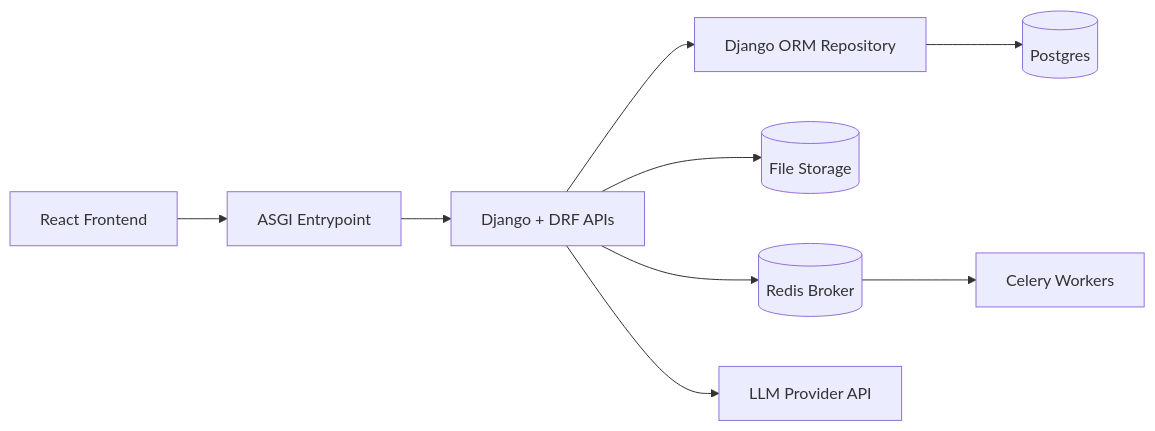
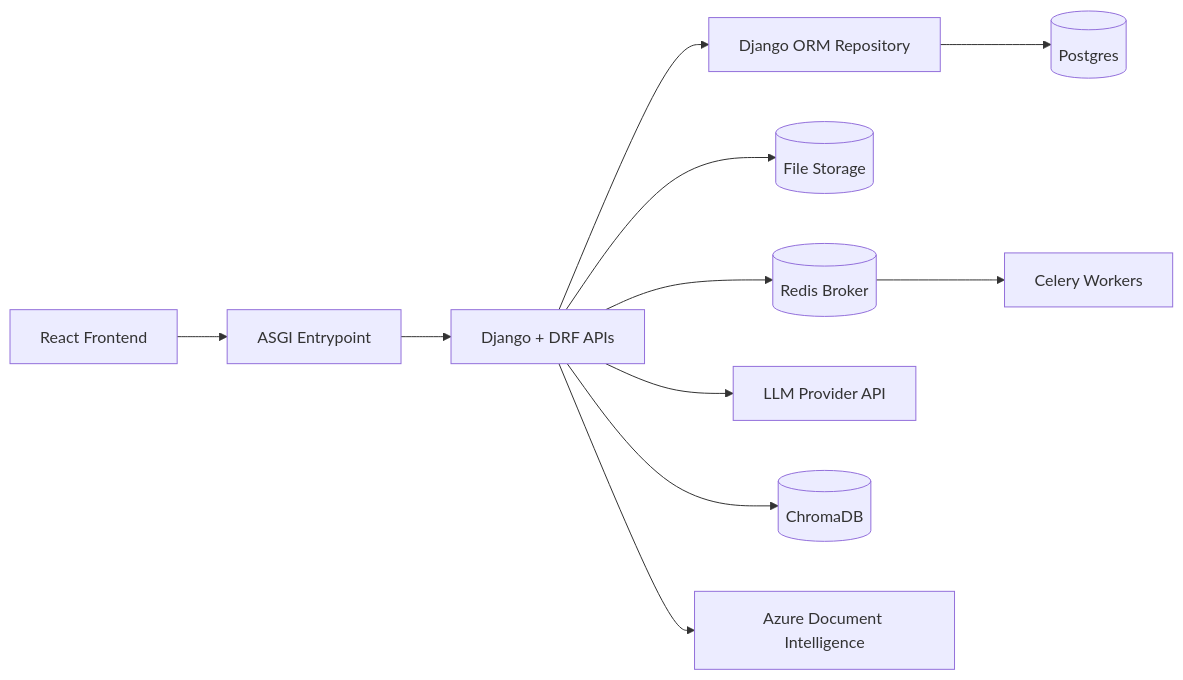
The first of 2 diagrams in README.md (Matthew-Booth-Py/data-labeller), drawn with Mermaid before and after one commit. The commit also changed other lines of this file, not shown here.

````diff
--- a/README.md
+++ b/README.md
@@ -29,11 +38,13 @@
 ```mermaid
 flowchart LR
     UI[React Frontend] --> ASGI[ASGI Entrypoint]
     ASGI --> DJ[Django + DRF APIs]
     DJ --> REPO[Django ORM Repository]
     REPO --> PG[(Postgres)]
     DJ --> FILES[(File Storage)]
     DJ --> REDIS[(Redis Broker)]
     REDIS --> CELERY[Celery Workers]
     DJ --> LLM[LLM Provider API]
+    DJ --> CHROMA[(ChromaDB)]
+    DJ --> AZDI[Azure Document Intelligence]
 ```
````
